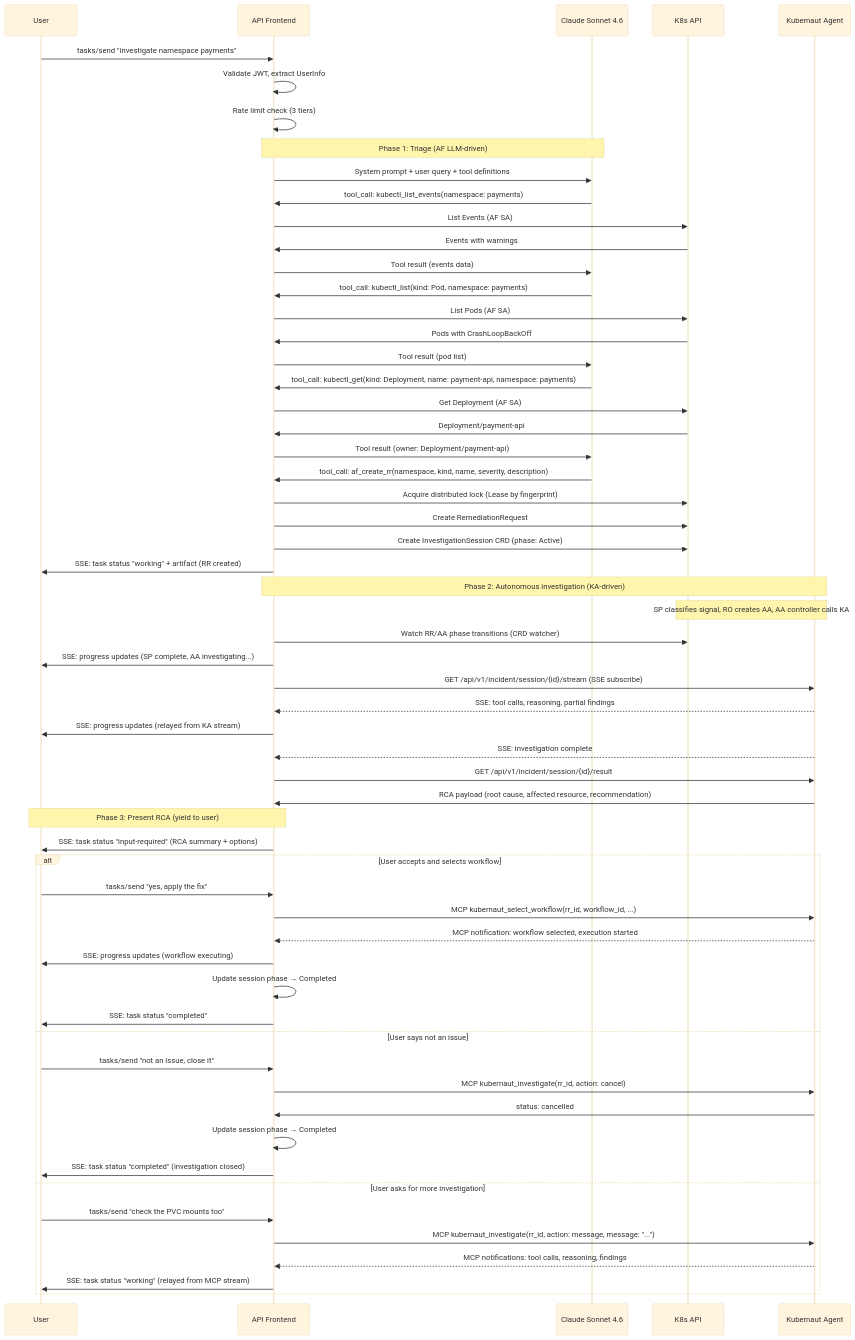
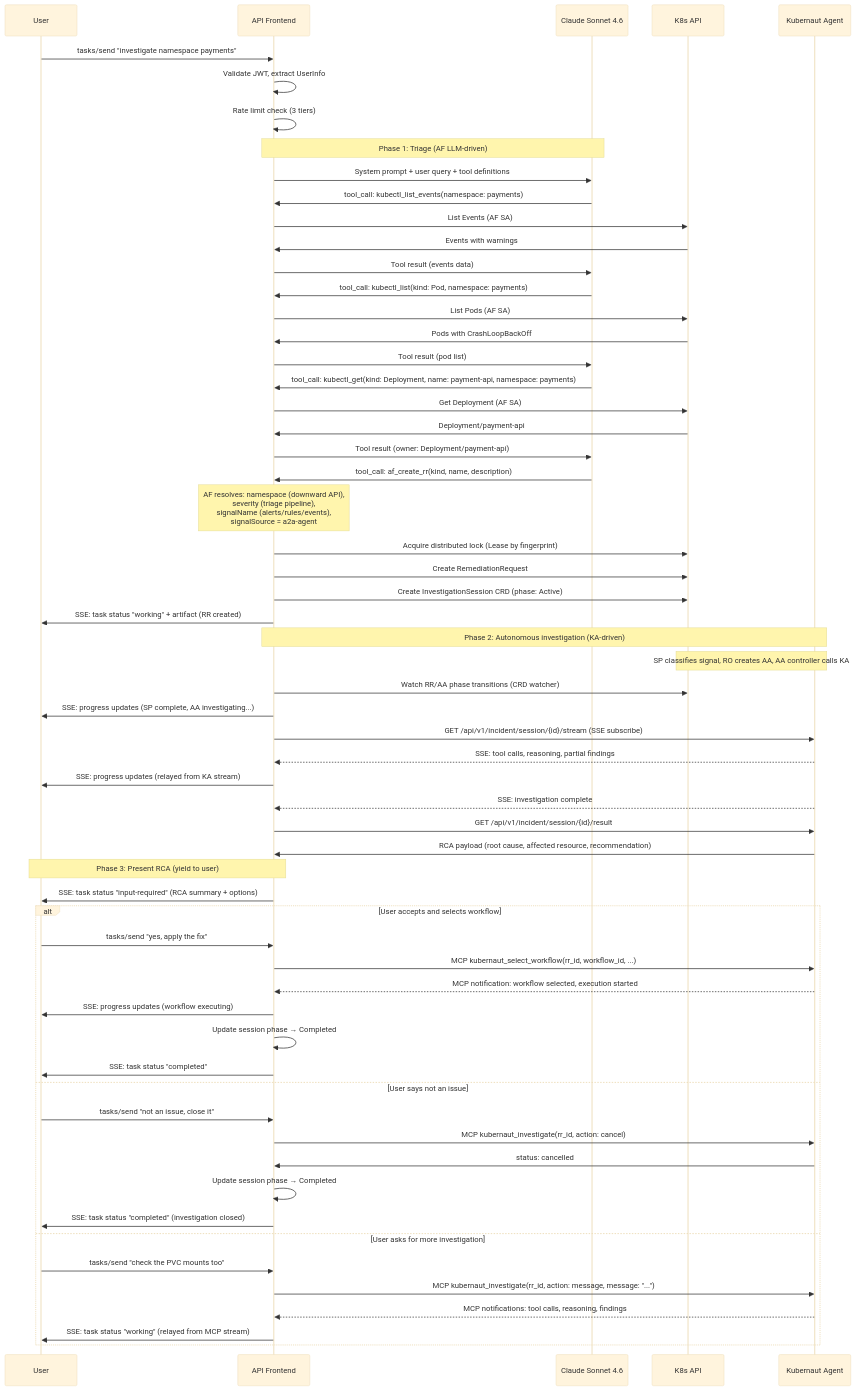
One commit to jordigilh/kubernaut changed the third of 7 diagrams in docs/services/apifrontend/design/ARCHITECTURE.md. Above: the diagram before and after it, drawn with Mermaid (base theme). The commit also changed other lines of this file and 2 other files, not shown here.

First line of the commit message:
docs(af): update design docs for #1282 CreateRRArgs and signal grounding

````diff
--- a/docs/services/apifrontend/design/ARCHITECTURE.md
+++ b/docs/services/apifrontend/design/ARCHITECTURE.md
@@ -294,66 +294,67 @@
 ```mermaid
 sequenceDiagram
     participant User
     participant AF as API Frontend
     participant LLM as Claude Sonnet 4.6
     participant K8s as K8s API
     participant KA as Kubernaut Agent
 
     User->>AF: tasks/send "investigate namespace payments"
     AF->>AF: Validate JWT, extract UserInfo
     AF->>AF: Rate limit check (3 tiers)
 
     Note over AF,LLM: Phase 1: Triage (AF LLM-driven)
     AF->>LLM: System prompt + user query + tool definitions
     LLM->>AF: tool_call: kubectl_list_events(namespace: payments)
     AF->>K8s: List Events (AF SA)
     K8s->>AF: Events with warnings
     AF->>LLM: Tool result (events data)
     LLM->>AF: tool_call: kubectl_list(kind: Pod, namespace: payments)
     AF->>K8s: List Pods (AF SA)
     K8s->>AF: Pods with CrashLoopBackOff
     AF->>LLM: Tool result (pod list)
     LLM->>AF: tool_call: kubectl_get(kind: Deployment, name: payment-api, namespace: payments)
     AF->>K8s: Get Deployment (AF SA)
     K8s->>AF: Deployment/payment-api
     AF->>LLM: Tool result (owner: Deployment/payment-api)
-    LLM->>AF: tool_call: af_create_rr(namespace, kind, name, severity, description)
+    LLM->>AF: tool_call: af_create_rr(kind, name, description)
+    Note over AF: AF resolves: namespace (downward API),<br/>severity (triage pipeline),<br/>signalName (alerts/rules/events),<br/>signalSource = a2a-agent
     AF->>K8s: Acquire distributed lock (Lease by fingerprint)
     AF->>K8s: Create RemediationRequest
     AF->>K8s: Create InvestigationSession CRD (phase: Active)
     AF->>User: SSE: task status "working" + artifact (RR created)
 
     Note over AF,KA: Phase 2: Autonomous investigation (KA-driven)
     Note over K8s,KA: SP classifies signal, RO creates AA, AA controller calls KA
     AF->>K8s: Watch RR/AA phase transitions (CRD watcher)
     AF->>User: SSE: progress updates (SP complete, AA investigating...)
     AF->>KA: GET /api/v1/incident/session/{id}/stream (SSE subscribe)
     KA-->>AF: SSE: tool calls, reasoning, partial findings
     AF->>User: SSE: progress updates (relayed from KA stream)
     KA-->>AF: SSE: investigation complete
     AF->>KA: GET /api/v1/incident/session/{id}/result
     KA->>AF: RCA payload (root cause, affected resource, recommendation)
 
     Note over AF,User: Phase 3: Present RCA (yield to user)
     AF->>User: SSE: task status "input-required" (RCA summary + options)
 
     alt User accepts and selects workflow
         User->>AF: tasks/send "yes, apply the fix"
         AF->>KA: MCP kubernaut_select_workflow(rr_id, workflow_id, ...)
         KA-->>AF: MCP notification: workflow selected, execution started
         AF->>User: SSE: progress updates (workflow executing)
         AF->>AF: Update session phase → Completed
         AF->>User: SSE: task status "completed"
     else User says not an issue
         User->>AF: tasks/send "not an issue, close it"
         AF->>KA: MCP kubernaut_investigate(rr_id, action: cancel)
         KA->>AF: status: cancelled
         AF->>AF: Update session phase → Completed
         AF->>User: SSE: task status "completed" (investigation closed)
     else User asks for more investigation
         User->>AF: tasks/send "check the PVC mounts too"
         AF->>KA: MCP kubernaut_investigate(rr_id, action: message, message: "...")
         KA-->>AF: MCP notifications: tool calls, reasoning, findings
         AF->>User: SSE: task status "working" (relayed from MCP stream)
     end
 ```
````
